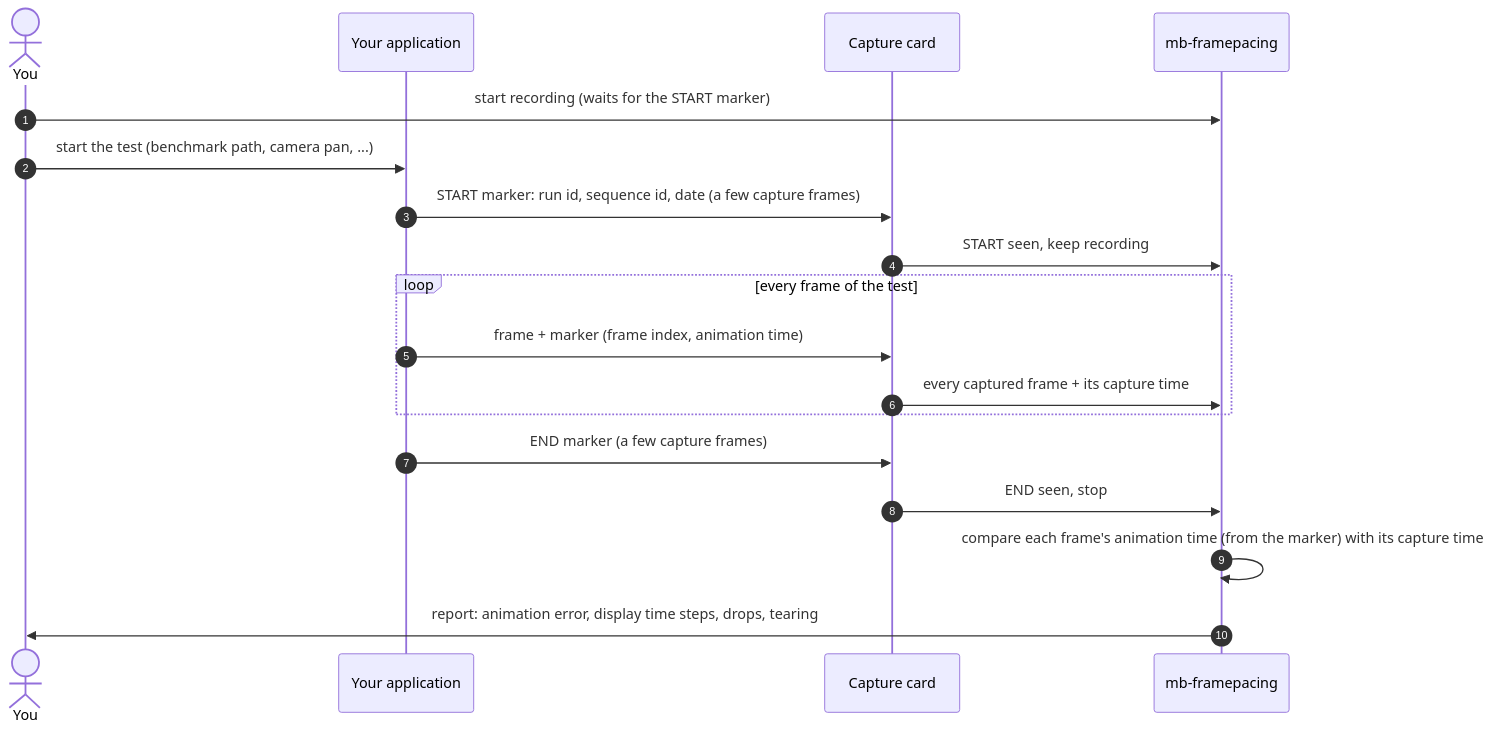
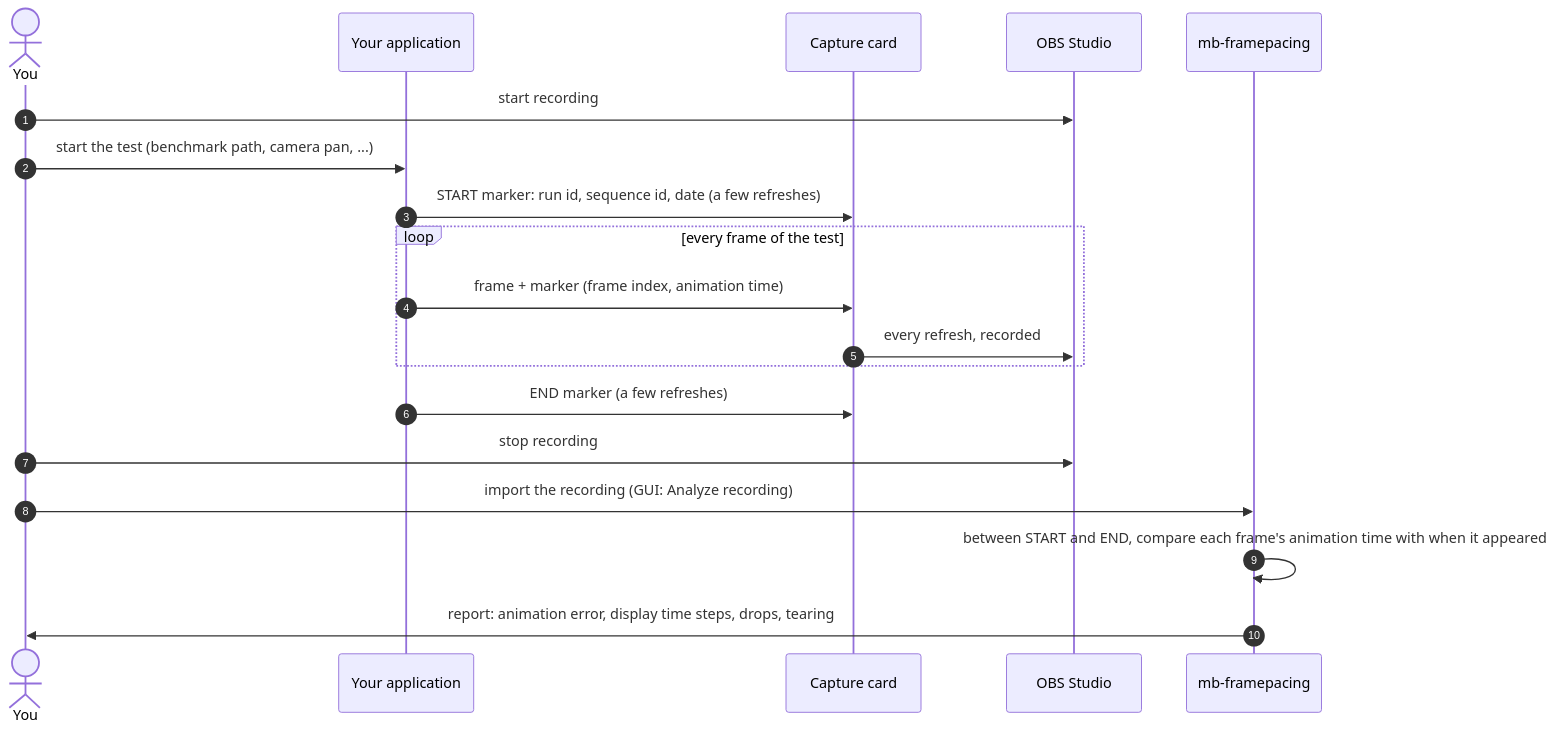
The second of 4 diagrams in README.md (Unarmed1000/mb-framepacing), drawn with Mermaid before and after one commit. The commit also changed other lines of this file and 8 other files, not shown here.

````diff
--- a/README.md
+++ b/README.md
@@ -143,20 +115,21 @@
 ```mermaid
 sequenceDiagram
     autonumber
     actor You
     participant App as Your application
     participant Card as Capture card
+    participant OBS as OBS Studio
     participant Tool as mb-framepacing
-    You->>Tool: start recording (waits for the START marker)
+    You->>OBS: start recording
     You->>App: start the test (benchmark path, camera pan, ...)
-    App->>Card: START marker: run id, sequence id, date (a few capture frames)
-    Card->>Tool: START seen, keep recording
+    App->>Card: START marker: run id, sequence id, date (a few refreshes)
     loop every frame of the test
         App->>Card: frame + marker (frame index, animation time)
-        Card->>Tool: every captured frame + its capture time
+        Card->>OBS: every refresh, recorded
     end
-    App->>Card: END marker (a few capture frames)
-    Card->>Tool: END seen, stop
-    Tool->>Tool: compare each frame's animation time (from the marker) with its capture time
+    App->>Card: END marker (a few refreshes)
+    You->>OBS: stop recording
+    You->>Tool: import the recording (GUI: Analyze recording)
+    Tool->>Tool: between START and END, compare each frame's animation time with when it appeared
     Tool->>You: report: animation error, display time steps, drops, tearing
 ```
````
